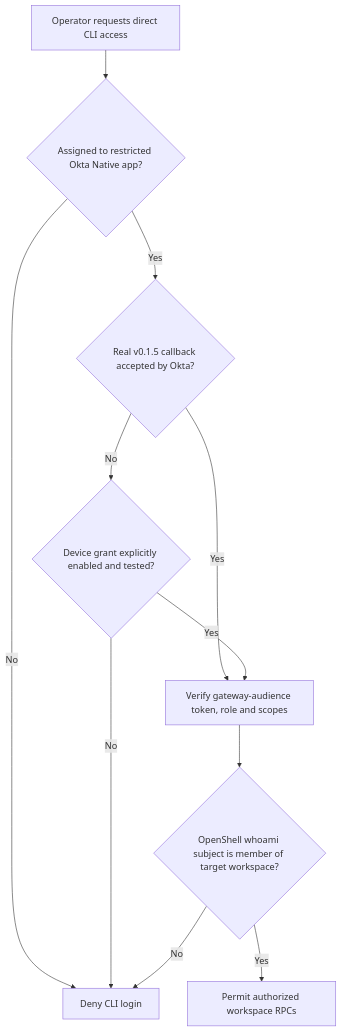
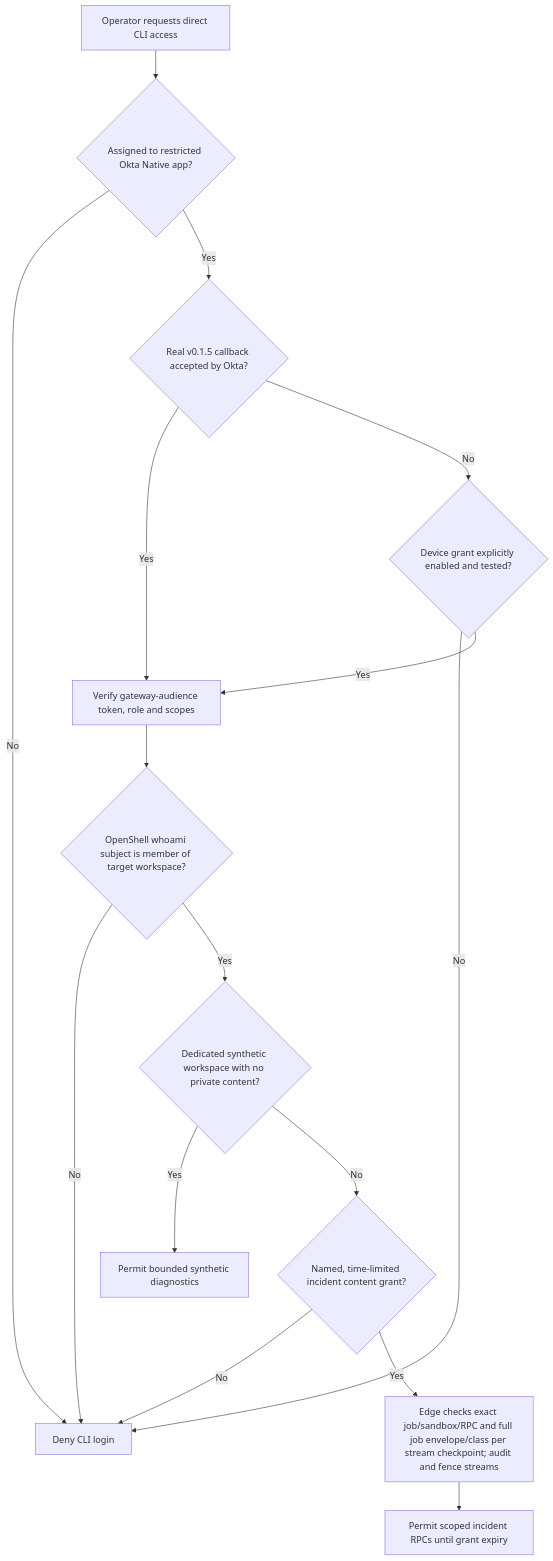
The third of 9 diagrams in docs/okta/requirements-and-design.md (gvaibhav/openshell-deep-research-platform), drawn with Mermaid before and after one commit. The commit also changed other lines of this file and 48 other files, not shown here.

````diff
--- a/docs/okta/requirements-and-design.md
+++ b/docs/okta/requirements-and-design.md
@@ -167,13 +182,18 @@
 ```mermaid
 flowchart TD
     Request["Operator requests direct CLI access"] --> Assigned{"Assigned to restricted Okta Native app?"}
     Assigned -- No --> Deny["Deny CLI login"]
     Assigned -- Yes --> Redirect{"Real v0.1.5 callback accepted by Okta?"}
     Redirect -- Yes --> Token["Verify gateway-audience token, role and scopes"]
     Redirect -- No --> Device{"Device grant explicitly enabled and tested?"}
     Device -- No --> Deny
     Device -- Yes --> Token
     Token --> Member{"OpenShell whoami subject is member of target workspace?"}
     Member -- No --> Deny
-    Member -- Yes --> Permit["Permit authorized workspace RPCs"]
+    Member -- Yes --> Synthetic{"Dedicated synthetic workspace with no private content?"}
+    Synthetic -- Yes --> PermitSynthetic["Permit bounded synthetic diagnostics"]
+    Synthetic -- No --> Incident{"Named, time-limited incident content grant?"}
+    Incident -- No --> Deny
+    Incident -- Yes --> Gate["Edge checks exact job/sandbox/RPC and full job envelope/class per stream checkpoint; audit and fence streams"]
+    Gate --> PermitIncident["Permit scoped incident RPCs until grant expiry"]
 ```
````
